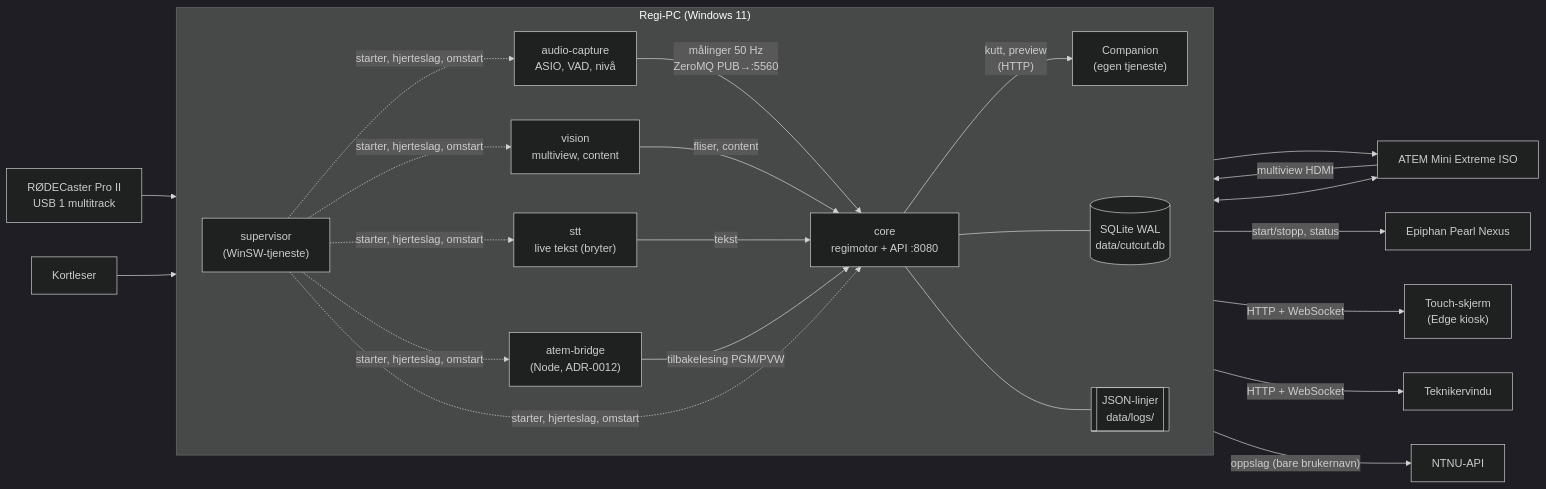
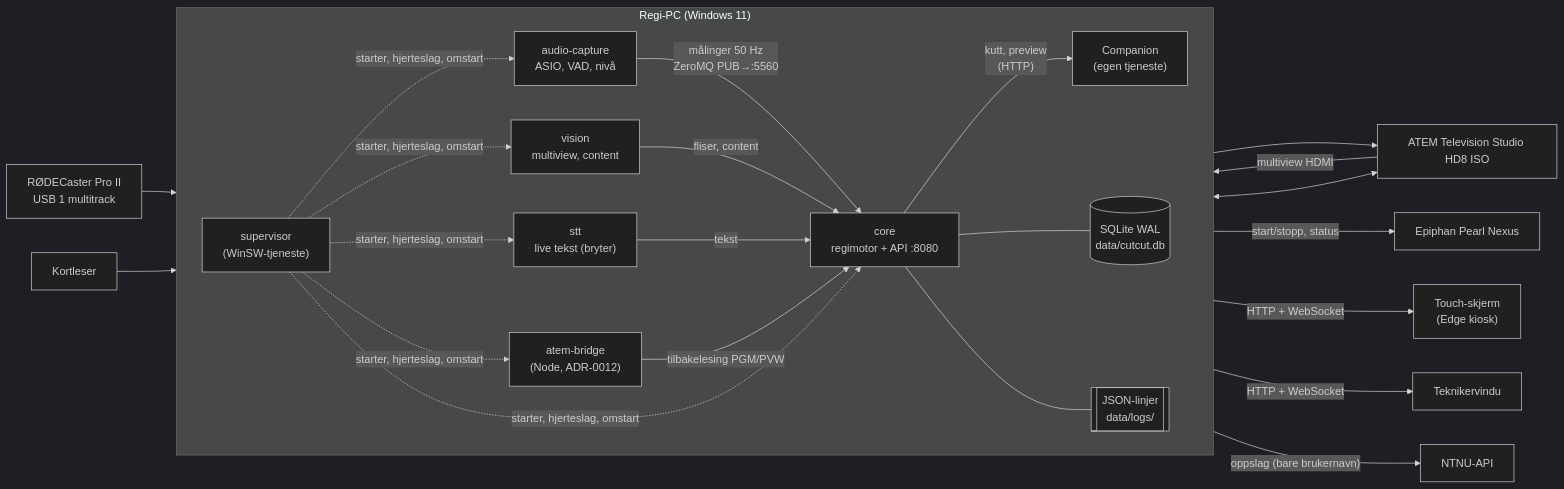
The first of 5 diagrams in docs/architecture/README.md (multimediesenteret/CutCutStudio), drawn with Mermaid (dark theme) before and after one commit. The commit also changed 13 other files, not shown here.

First line of the commit message:
feat(ui): forsiden på Vercel er simulatoren (U-10), og multiview i studio

````diff
--- a/docs/architecture/README.md
+++ b/docs/architecture/README.md
@@ -11,32 +11,32 @@
 ```mermaid
 flowchart LR
   subgraph PC["Regi-PC (Windows 11)"]
     direction LR
     SUP["supervisor<br/>(WinSW-tjeneste)"]
     AUD["audio-capture<br/>ASIO, VAD, nivå"]
     VIS["vision<br/>multiview, content"]
     STT["stt<br/>live tekst (bryter)"]
     CORE["core<br/>regimotor + API :8080"]
     BRIDGE["atem-bridge<br/>(Node, ADR-0012)"]
     COMP["Companion<br/>(egen tjeneste)"]
     DB[("SQLite WAL<br/>data/cutcut.db")]
     LOGS[["JSON-linjer<br/>data/logs/"]]
   end
   RODE["RØDECaster Pro II<br/>USB 1 multitrack"] --> AUD
-  ATEM["ATEM Mini Extreme ISO"] -- multiview HDMI --> VIS
+  ATEM["ATEM Television Studio HD8 ISO"] -- multiview HDMI --> VIS
   AUD -- "målinger 50 Hz<br/>ZeroMQ PUB→:5560" --> CORE
   VIS -- "fliser, content" --> CORE
   STT -- tekst --> CORE
   CORE -- "kutt, preview<br/>(HTTP)" --> COMP
   COMP --> ATEM
   BRIDGE -- "tilbakelesing PGM/PVW" --> CORE
   ATEM <--> BRIDGE
   CORE -- "start/stopp, status" --> PEARL["Epiphan Pearl Nexus"]
   CORE --- DB
   CORE --- LOGS
   SUP -. "starter, hjerteslag, omstart" .-> AUD & VIS & STT & CORE & BRIDGE
   CORE -- "HTTP + WebSocket" --> TOUCH["Touch-skjerm<br/>(Edge kiosk)"]
   CORE -- "HTTP + WebSocket" --> TECH["Teknikervindu"]
   CARD["Kortleser"] --> CORE
   CORE -- "oppslag (bare brukernavn)" --> NTNU["NTNU-API"]
 ```
````
